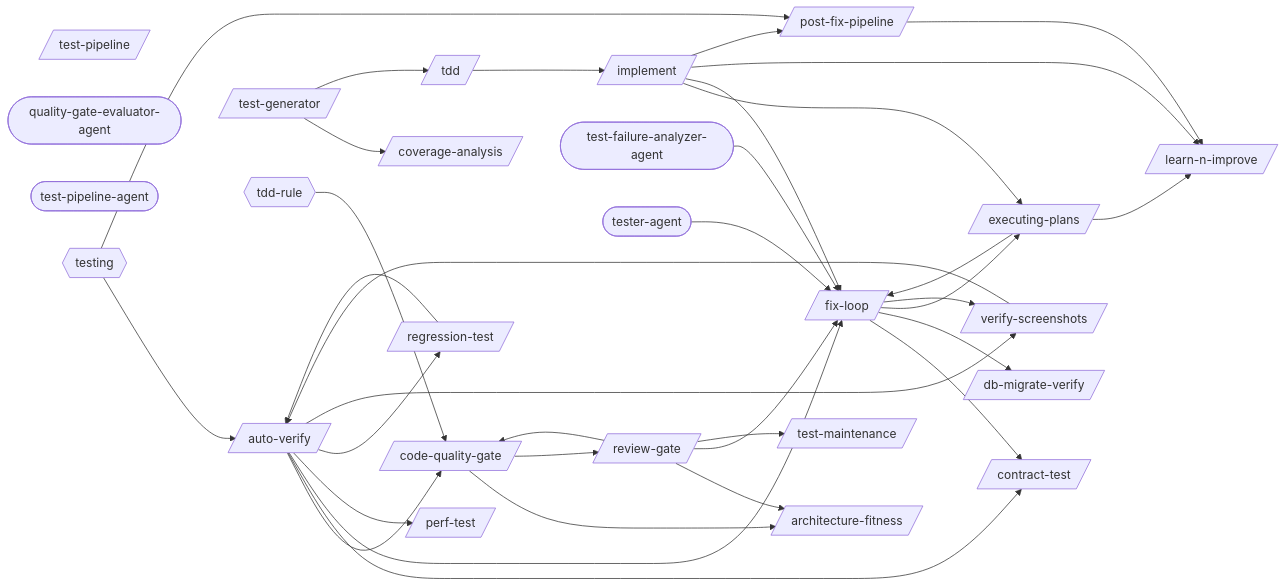
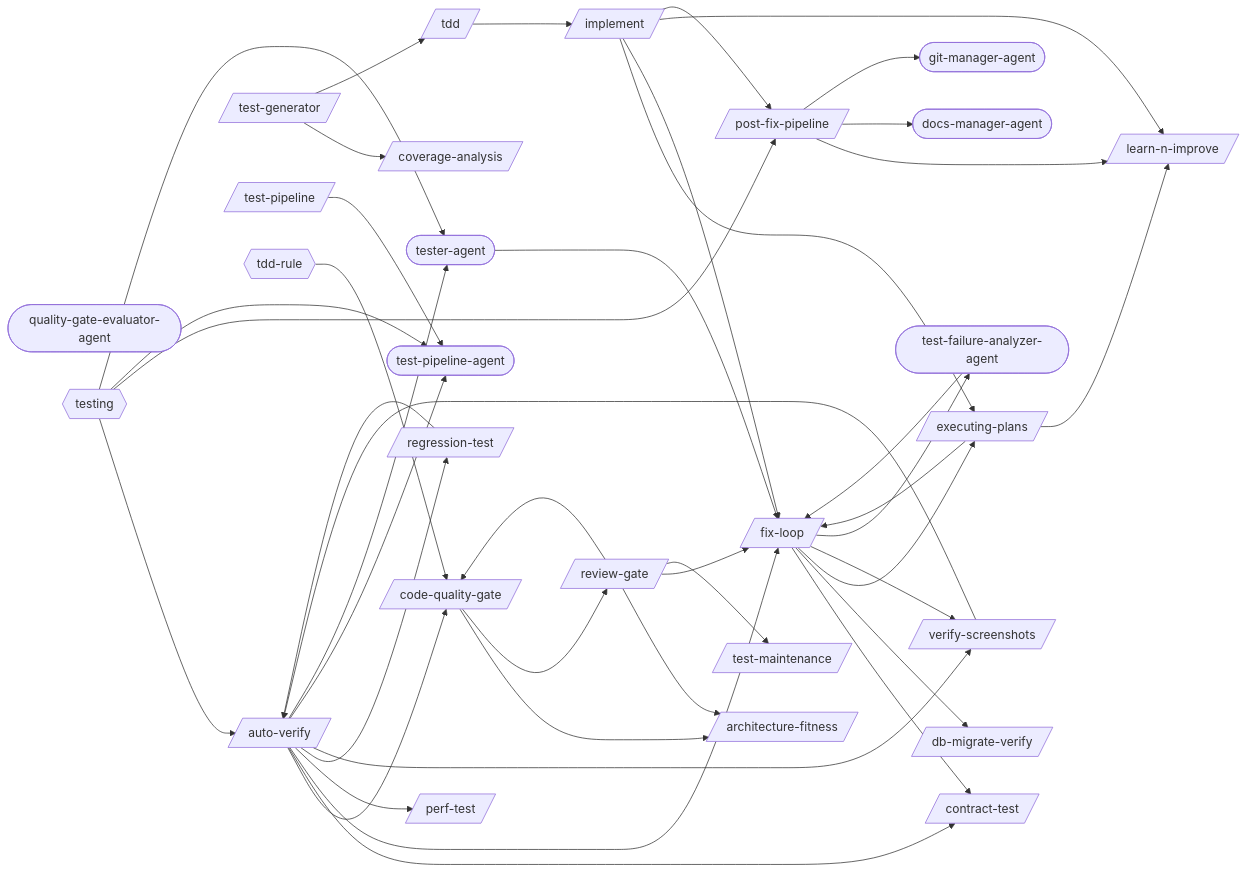
The first of 2 diagrams in docs/workflows/testing-pipeline.md (abhayla/claude-best-practices), drawn with Mermaid before and after one commit. The commit also changed other lines of this file and 10 other files, not shown here.

````diff
--- a/docs/workflows/testing-pipeline.md
+++ b/docs/workflows/testing-pipeline.md
@@ -9,61 +9,71 @@
 ```mermaid
 graph LR
     architecture_fitness[/architecture-fitness/]
     auto_verify[/auto-verify/]
     code_quality_gate[/code-quality-gate/]
     contract_test[/contract-test/]
     coverage_analysis[/coverage-analysis/]
     db_migrate_verify[/db-migrate-verify/]
     executing_plans[/executing-plans/]
     fix_loop[/fix-loop/]
     implement[/implement/]
     learn_n_improve[/learn-n-improve/]
     perf_test[/perf-test/]
     post_fix_pipeline[/post-fix-pipeline/]
     regression_test[/regression-test/]
     review_gate[/review-gate/]
     tdd[/tdd/]
     test_generator[/test-generator/]
     test_maintenance[/test-maintenance/]
     test_pipeline[/test-pipeline/]
     verify_screenshots[/verify-screenshots/]
+    docs_manager_agent([docs-manager-agent])
+    git_manager_agent([git-manager-agent])
     quality_gate_evaluator_agent([quality-gate-evaluator-agent])
     test_failure_analyzer_agent([test-failure-analyzer-agent])
     test_pipeline_agent([test-pipeline-agent])
     tester_agent([tester-agent])
     tdd_rule{{tdd-rule}}
     testing{{testing}}
     auto_verify --> code_quality_gate
     auto_verify --> contract_test
     auto_verify --> fix_loop
     auto_verify --> perf_test
     auto_verify --> regression_test
     auto_verify --> verify_screenshots
+    auto_verify --> test_pipeline_agent
+    auto_verify --> tester_agent
     code_quality_gate --> architecture_fitness
     code_quality_gate --> review_gate
     executing_plans --> fix_loop
     executing_plans --> learn_n_improve
     fix_loop --> contract_test
     fix_loop --> db_migrate_verify
     fix_loop --> executing_plans
     fix_loop --> verify_screenshots
+    fix_loop --> test_failure_analyzer_agent
     implement --> executing_plans
     implement --> fix_loop
     implement --> learn_n_improve
     implement --> post_fix_pipeline
     post_fix_pipeline --> learn_n_improve
+    post_fix_pipeline --> docs_manager_agent
+    post_fix_pipeline --> git_manager_agent
     regression_test --> auto_verify
     review_gate --> architecture_fitness
     review_gate --> code_quality_gate
     review_gate --> fix_loop
     review_gate --> test_maintenance
     tdd --> implement
     test_generator --> coverage_analysis
     test_generator --> tdd
+    test_pipeline --> test_pipeline_agent
     verify_screenshots --> auto_verify
     test_failure_analyzer_agent --> fix_loop
     tester_agent --> fix_loop
     tdd_rule --> code_quality_gate
     testing --> auto_verify
     testing --> post_fix_pipeline
+    testing --> test_pipeline_agent
+    testing --> tester_agent
 ```
````
